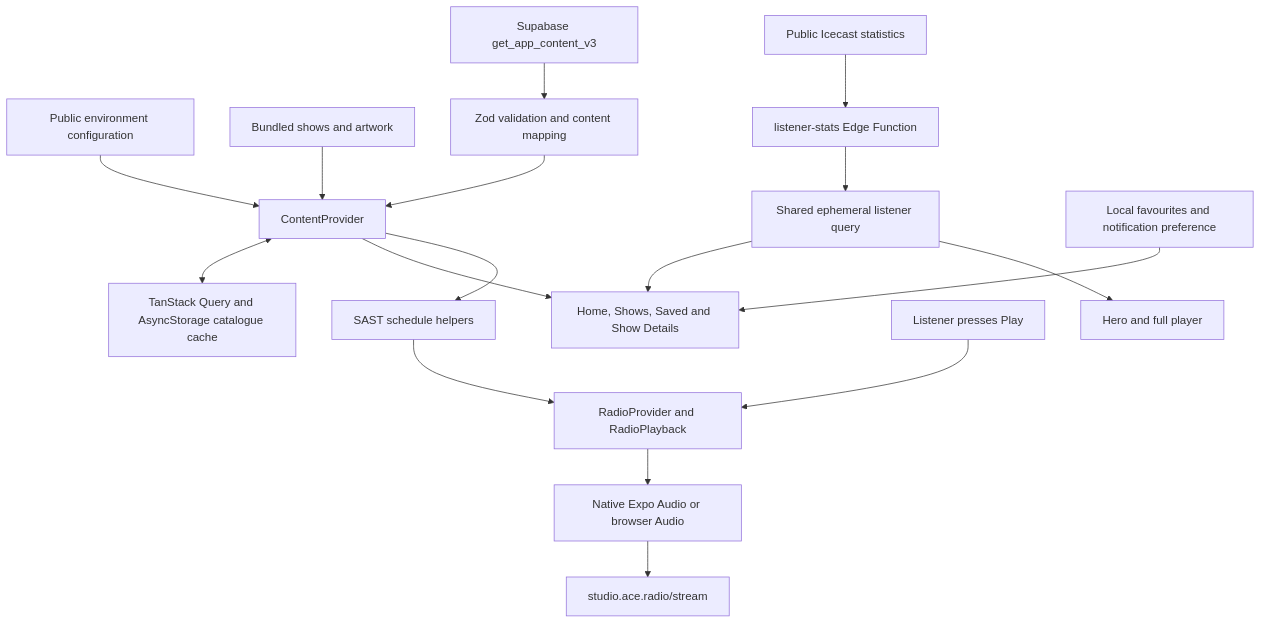
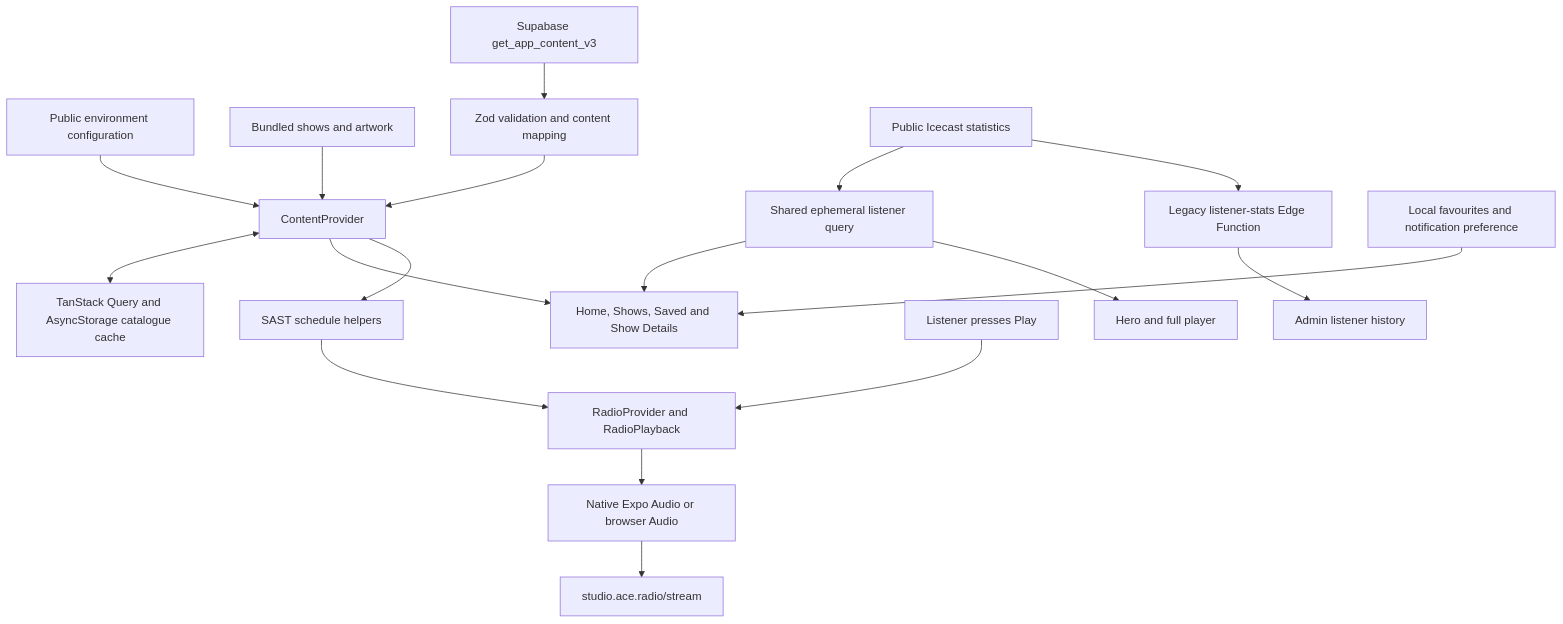
One commit to kxngzero329/AceRadio-v1 changed the first of 2 diagrams in docs/codebase-overview.md. Above: the diagram before and after it, drawn with Mermaid. The commit also changed other lines of this file and 34 other files, not shown here.

````diff
--- a/docs/codebase-overview.md
+++ b/docs/codebase-overview.md
@@ -37,19 +42,20 @@
 ```mermaid
 flowchart TD
   Config[Public environment configuration] --> Content[ContentProvider]
   Bundled[Bundled shows and artwork] --> Content
   RPC[Supabase get_app_content_v3] --> Validation[Zod validation and content mapping]
   Validation --> Content
   Content <--> Cache[TanStack Query and AsyncStorage catalogue cache]
   Content --> Screens[Home, Shows, Saved and Show Details]
   Content --> Schedule[SAST schedule helpers]
   Schedule --> Radio[RadioProvider and RadioPlayback]
   Tap[Listener presses Play] --> Radio
   Radio --> Transport[Native Expo Audio or browser Audio]
   Transport --> Stream[studio.ace.radio/stream]
-  Icecast[Public Icecast statistics] --> Edge[listener-stats Edge Function]
-  Edge --> Count[Shared ephemeral listener query]
+  Icecast[Public Icecast statistics] --> Count[Shared ephemeral listener query]
+  Icecast --> Edge[Legacy listener-stats Edge Function]
+  Edge --> History[Admin listener history]
   Count --> Screens
   Count --> PlayerUI[Hero and full player]
   Local[Local favourites and notification preference] --> Screens
 ```
````
